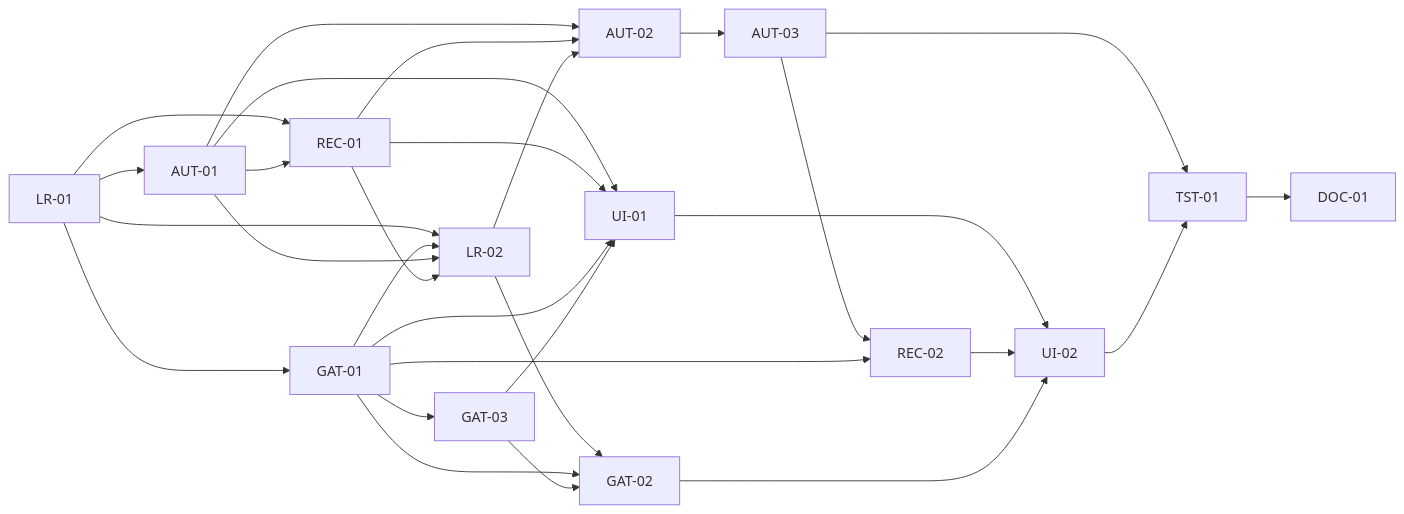
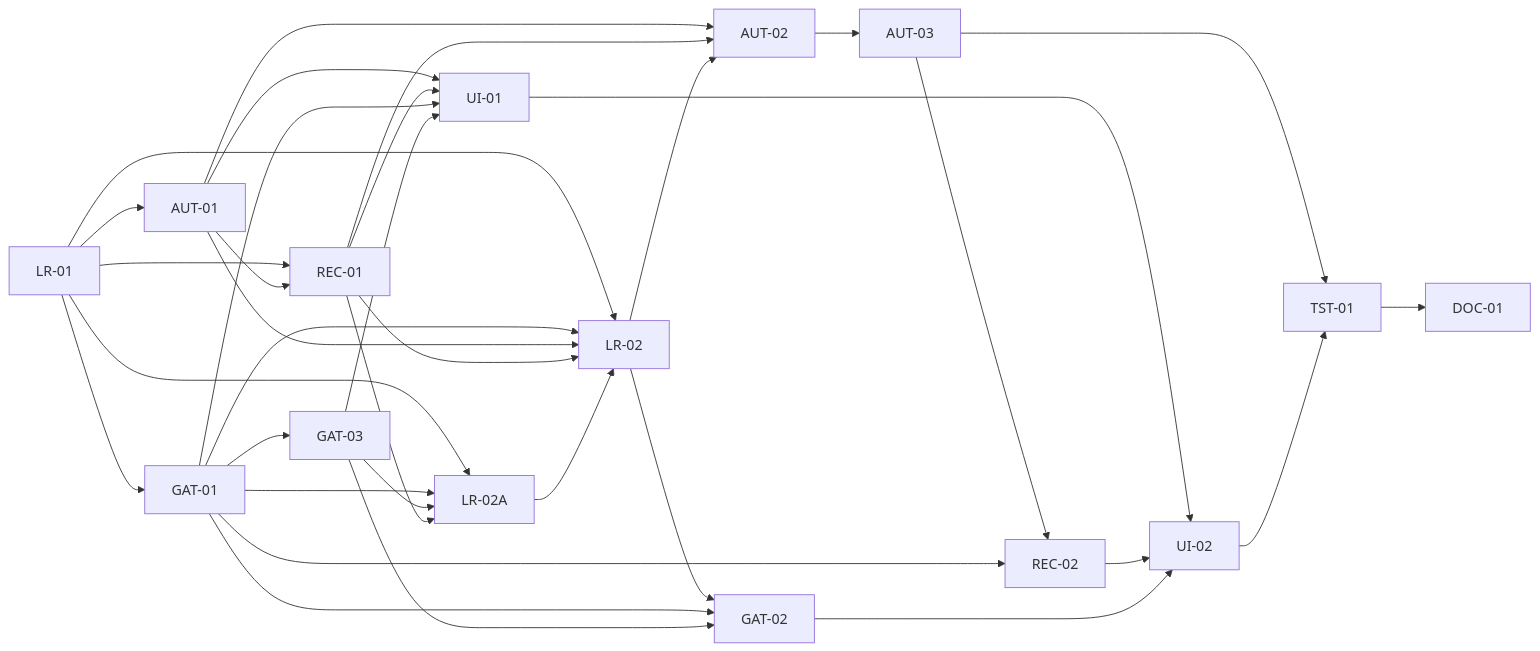
Before and after one commit to mhjmhj2002/naamive: the diagram in naamive/orchestration/demand-intake/node-web-orchestration-platform/16_PHASE_6_5_LIFECYCLE_ALIGNMENT_AND_AUTONOMOUS_ORCHESTRATION_RECOVERY.md, drawn with Mermaid. The commit also changed other lines of this file and 6 other files, not shown here.

````diff
--- a/naamive/orchestration/demand-intake/node-web-orchestration-platform/16_PHASE_6_5_LIFECYCLE_ALIGNMENT_AND_AUTONOMOUS_ORCHESTRATION_RECOVERY.md
+++ b/naamive/orchestration/demand-intake/node-web-orchestration-platform/16_PHASE_6_5_LIFECYCLE_ALIGNMENT_AND_AUTONOMOUS_ORCHESTRATION_RECOVERY.md
@@ -223,28 +224,33 @@
 ```mermaid
 flowchart LR
   LR01[LR-01] --> GAT01[GAT-01] --> GAT03[GAT-03]
   LR01 --> AUT01[AUT-01]
   LR01 --> REC01[REC-01]
   AUT01 --> REC01
   LR01 --> LR02[LR-02]
   GAT01 --> LR02
   AUT01 --> LR02
   REC01 --> LR02
+  LR01 --> LR02A[LR-02A]
+  GAT01 --> LR02A
+  GAT03 --> LR02A
+  REC01 --> LR02A
+  LR02A --> LR02
   AUT01 --> AUT02[AUT-02]
   REC01 --> AUT02
   LR02 --> AUT02 --> AUT03[AUT-03] --> REC02[REC-02]
   GAT01 --> REC02
   LR02 --> GAT02[GAT-02]
   GAT01 --> GAT02
   GAT03 --> GAT02
   AUT01 --> UI01[UI-01]
   REC01 --> UI01
   GAT01 --> UI01
   GAT03 --> UI01
   UI01 --> UI02[UI-02]
   REC02 --> UI02
   GAT02 --> UI02
   AUT03 --> TST01[TST-01]
   UI02 --> TST01
   TST01 --> DOC01[DOC-01]
 ```
````
